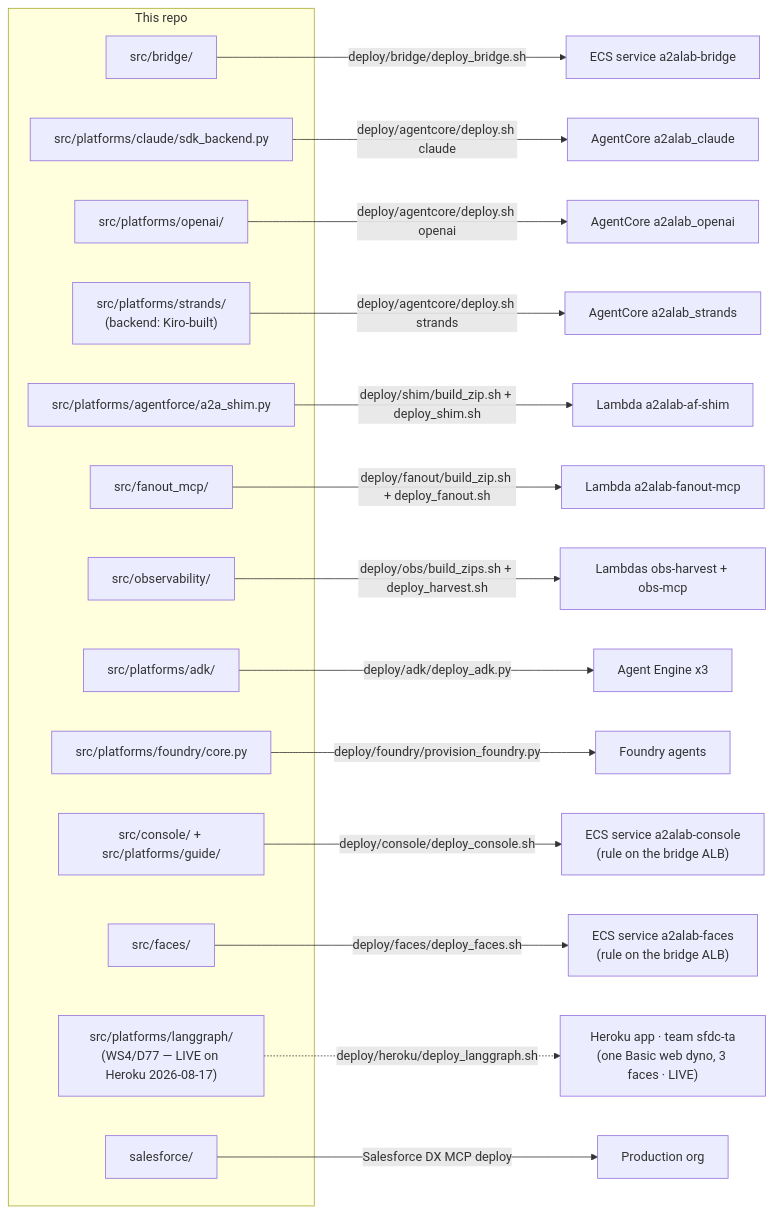
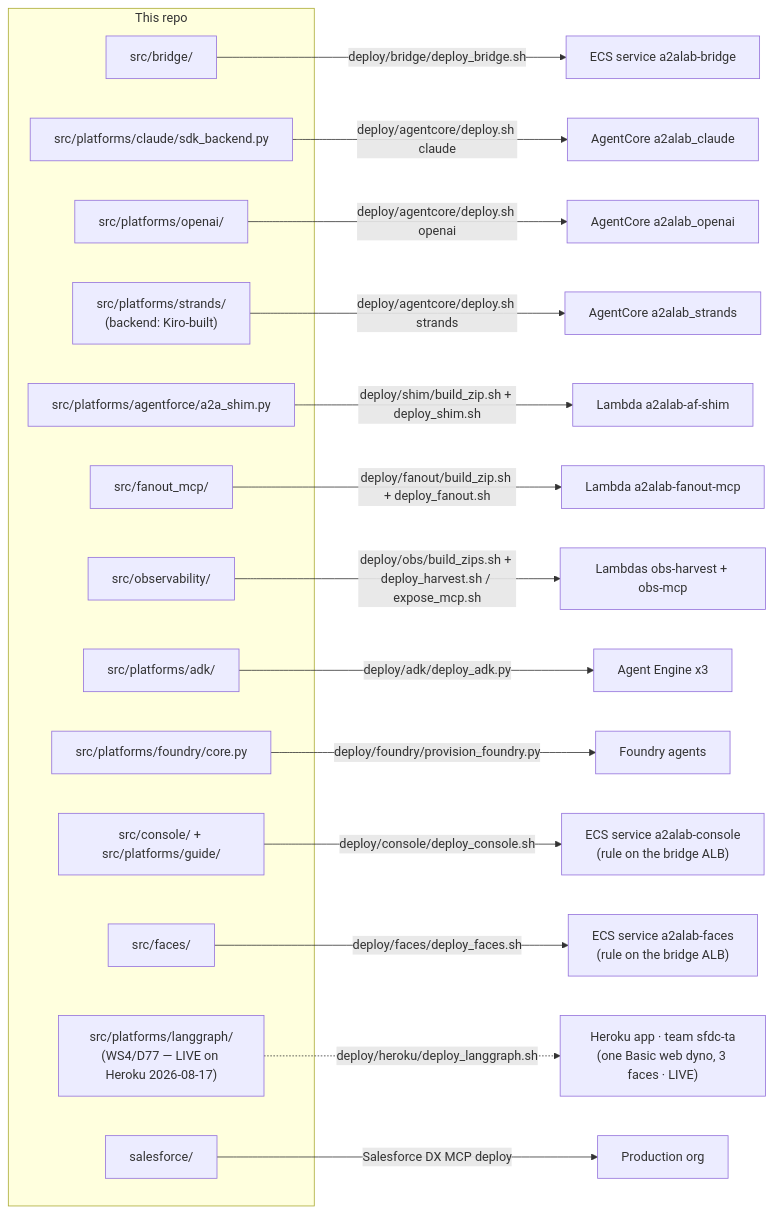
Diagram 11 of 11 in plan/09-deployment-map.md (congmingwudi/a2a-lab), drawn with Mermaid before and after one commit. The commit also changed other lines of this file and 13 other files, not shown here.

````diff
--- a/plan/09-deployment-map.md
+++ b/plan/09-deployment-map.md
@@ -1051,31 +1057,31 @@
 ```mermaid
 flowchart LR
   subgraph REPO["This repo"]
     R1["src/bridge/"]
     R2["src/platforms/claude/sdk_backend.py"]
     R3["src/platforms/openai/"]
     R12["src/platforms/strands/<br/>(backend: Kiro-built)"]
     R4["src/platforms/agentforce/a2a_shim.py"]
     R5["src/fanout_mcp/"]
     R6["src/observability/"]
     R7["src/platforms/adk/"]
     R8["src/platforms/foundry/core.py"]
     R9["src/console/ + src/platforms/guide/"]
     R11["src/faces/"]
     R13["src/platforms/langgraph/<br/>(WS4/D77 — LIVE on Heroku 2026-08-17)"]
     R10["salesforce/"]
   end
   R1 -->|"deploy/bridge/deploy_bridge.sh"| D1["ECS service a2alab-bridge"]
   R2 -->|"deploy/agentcore/deploy.sh claude"| D2["AgentCore a2alab_claude"]
   R3 -->|"deploy/agentcore/deploy.sh openai"| D3["AgentCore a2alab_openai"]
   R12 -->|"deploy/agentcore/deploy.sh strands"| D12["AgentCore a2alab_strands"]
   R4 -->|"deploy/shim/build_zip.sh + deploy_shim.sh"| D4["Lambda a2alab-af-shim"]
   R5 -->|"deploy/fanout/build_zip.sh + deploy_fanout.sh"| D5["Lambda a2alab-fanout-mcp"]
-  R6 -->|"deploy/obs/build_zips.sh + deploy_harvest.sh"| D6["Lambdas obs-harvest + obs-mcp"]
+  R6 -->|"deploy/obs/build_zips.sh + deploy_harvest.sh / expose_mcp.sh"| D6["Lambdas obs-harvest + obs-mcp"]
   R7 -->|"deploy/adk/deploy_adk.py"| D7["Agent Engine x3"]
   R8 -->|"deploy/foundry/provision_foundry.py"| D8["Foundry agents"]
   R9 -->|"deploy/console/deploy_console.sh"| D9["ECS service a2alab-console<br/>(rule on the bridge ALB)"]
   R11 -->|"deploy/faces/deploy_faces.sh"| D11["ECS service a2alab-faces<br/>(rule on the bridge ALB)"]
   R13 -.->|"deploy/heroku/deploy_langgraph.sh"| D13["Heroku app · team sfdc-ta<br/>(one Basic web dyno, 3 faces · LIVE)"]
   R10 -->|"Salesforce DX MCP deploy"| D10["Production org"]
 ```
````
